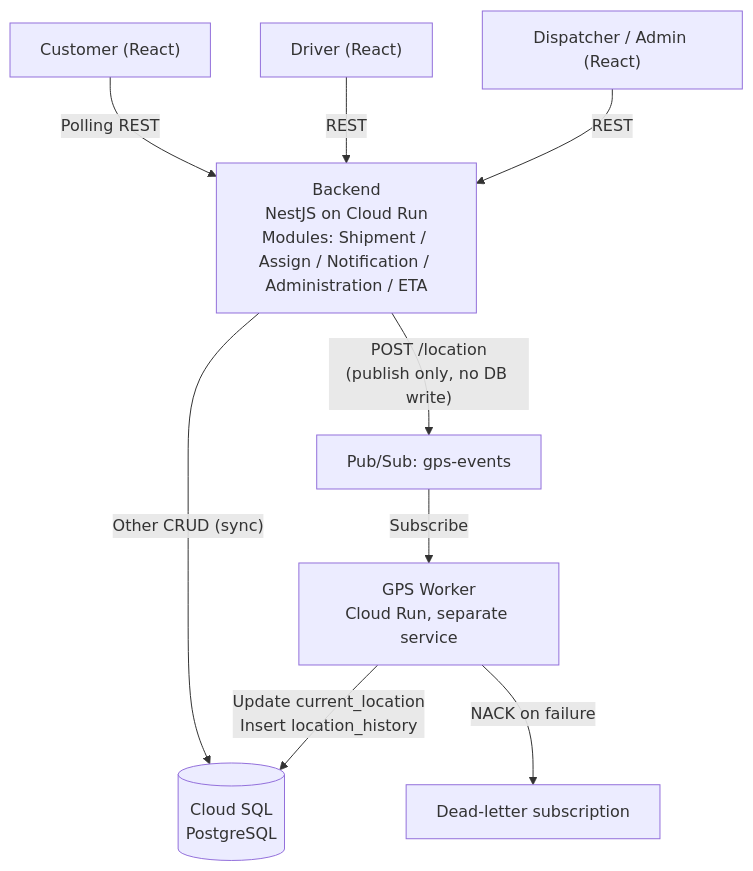
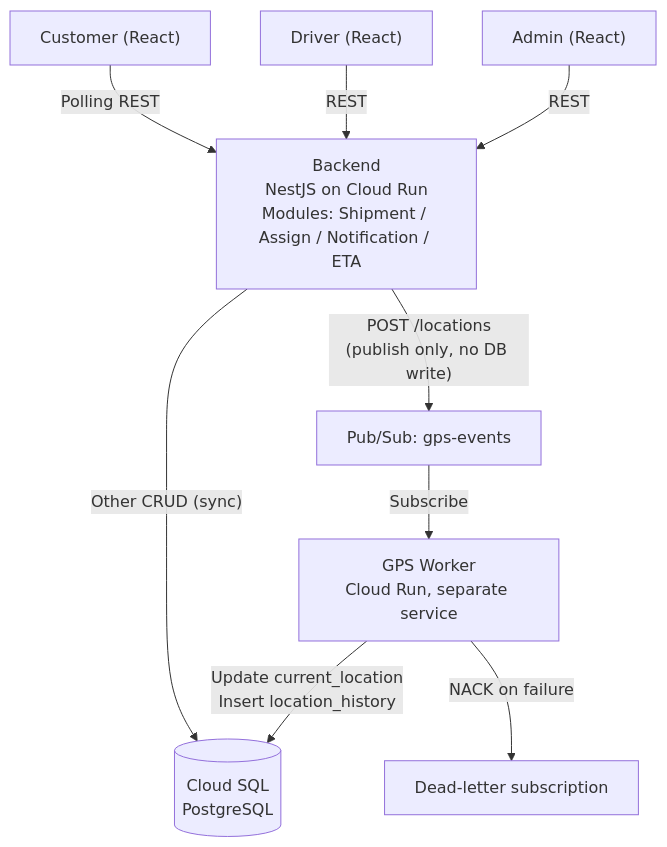
Before and after one commit to namnkahn1607/INT3326E: the diagram in README.md, drawn with Mermaid. The commit also changed other lines of this file and 46 other files, not shown here.

````diff
--- a/README.md
+++ b/README.md
@@ -74,15 +73,15 @@
 ```mermaid
 flowchart TD
     C["Customer (React)"] -- "Polling REST" --> B
     D["Driver (React)"] -- "REST" --> B
-    A["Dispatcher / Admin (React)"] -- "REST" --> B
+    A["Admin (React)"] -- "REST" --> B
 
-    B["Backend<br/>NestJS on Cloud Run<br/>Modules: Shipment / Assign / Notification / Administration / ETA"]
+    B["Backend<br/>NestJS on Cloud Run<br/>Modules: Shipment / Assign / Notification / ETA"]
 
-    B -- "POST /location<br/>(publish only, no DB write)" --> P["Pub/Sub: gps-events"]
+    B -- "POST /locations<br/>(publish only, no DB write)" --> P["Pub/Sub: gps-events"]
     B -- "Other CRUD (sync)" --> DB[("Cloud SQL<br/>PostgreSQL")]
 
     P -- "Subscribe" --> W["GPS Worker<br/>Cloud Run, separate service"]
     W -- "Update current_location<br/>Insert location_history" --> DB
     W -- "NACK on failure" --> DLQ["Dead-letter subscription"]
 ```
````
